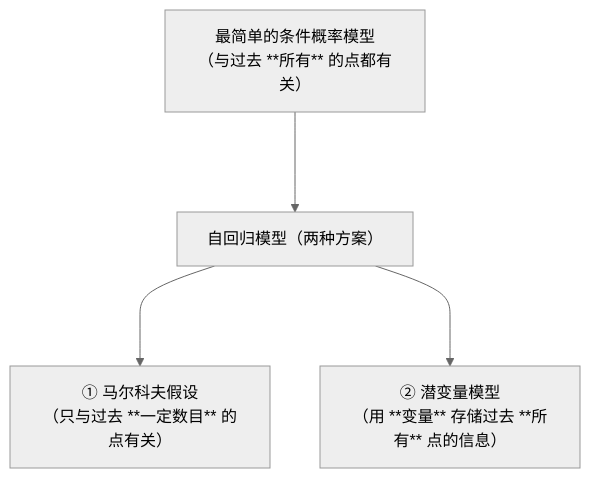
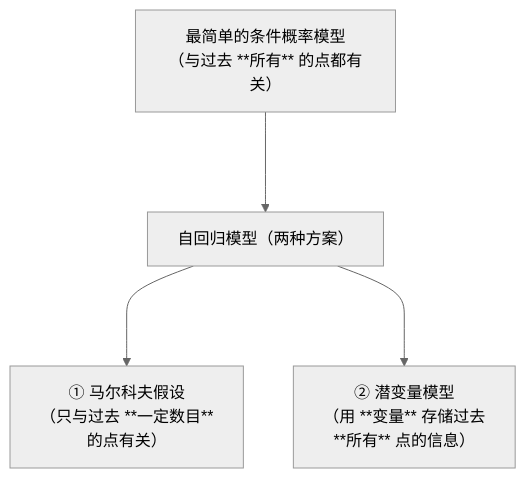
One commit to freestonehere/DeepLearning changed the diagram in 40-seq-model.md. Above: the diagram before and after it, drawn with Mermaid (neutral theme).

Commit message:
'序列模型'

````diff
--- a/40-seq-model.md
+++ b/40-seq-model.md
@@ -3,6 +3,6 @@
 ```mermaid
 flowchart TD
     A[最简单的条件概率模型<br>（与过去 **所有** 的点都有关）] ---> B[自回归模型（两种方案）]
-    B ---> C[① 马尔科夫假设<br>（只与过去 **一定数目** 的点有关）]
-    B ---> D[② 潜变量模型<br>（用 **变量** 存储过去 **所有** 点的信息）]
+    B ---> C[① 马尔科夫假设<br>（只与过去 **一定数目**<br>的点有关）]
+    B ---> D[② 潜变量模型<br>（用 **变量** 存储过去<br> **所有** 点的信息）]
 ```
````
